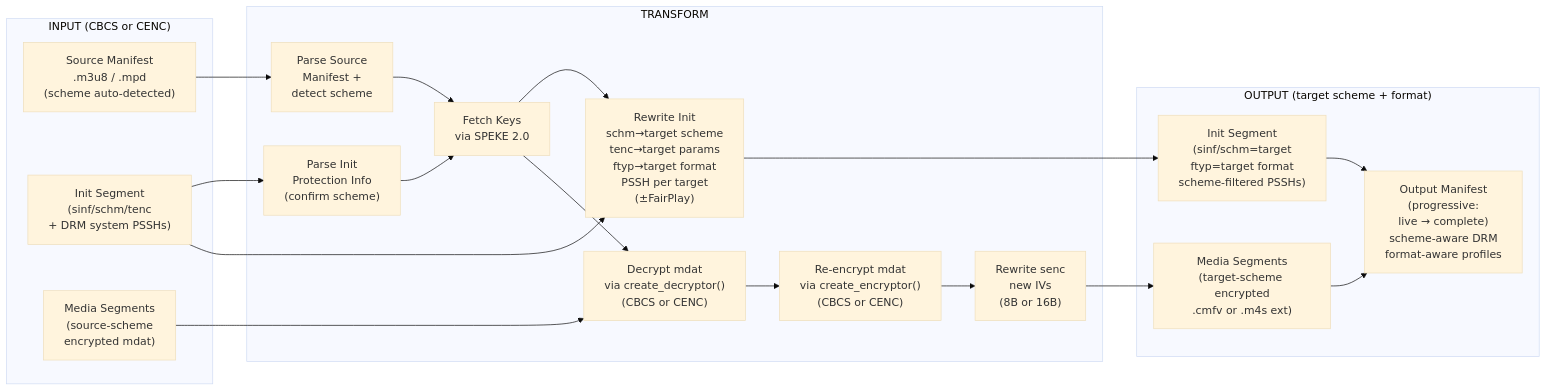
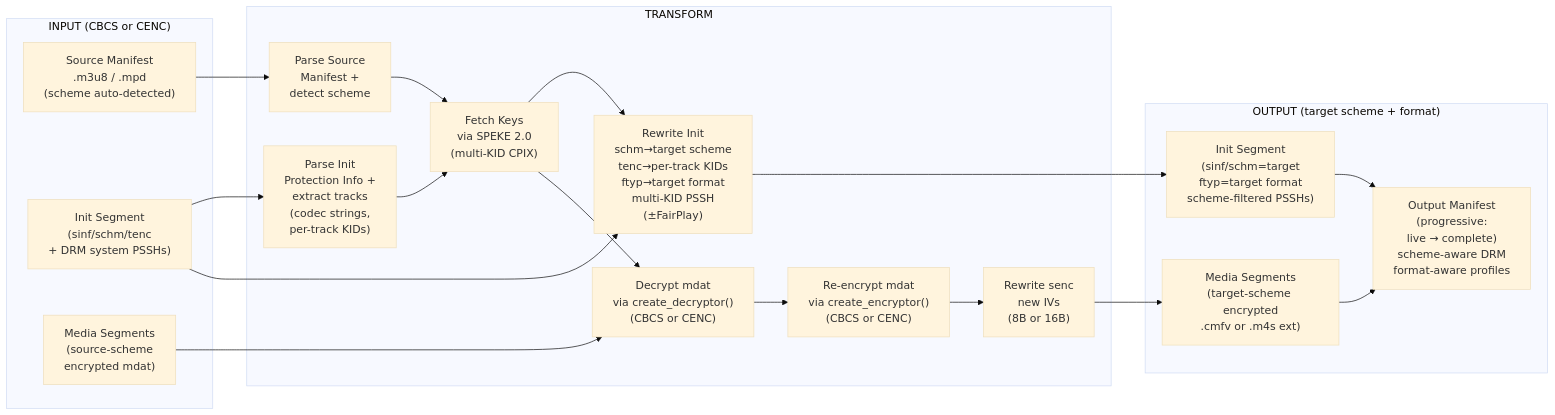
One commit to adrums86/edgepack changed the second of 10 diagrams in docs/architecture.md. Above: the diagram before and after it, drawn with Mermaid (base theme). The commit also changed other lines of this file and 10 other files, not shown here.

````diff
--- a/docs/architecture.md
+++ b/docs/architecture.md
@@ -64,39 +64,39 @@
 ```mermaid
 flowchart LR
     subgraph Input["INPUT (CBCS or CENC)"]
         SrcManifest["Source Manifest<br/>.m3u8 / .mpd<br/>(scheme auto-detected)"]
         SrcInit["Init Segment<br/>(sinf/schm/tenc<br/>+ DRM system PSSHs)"]
         SrcSeg["Media Segments<br/>(source-scheme<br/>encrypted mdat)"]
     end
 
     subgraph Transform["TRANSFORM"]
         Parse["Parse Source<br/>Manifest +<br/>detect scheme"]
-        FetchKeys["Fetch Keys<br/>via SPEKE 2.0"]
-        ParseInit["Parse Init<br/>Protection Info<br/>(confirm scheme)"]
-        RewriteInit["Rewrite Init<br/>schm→target scheme<br/>tenc→target params<br/>ftyp→target format<br/>PSSH per target<br/>(±FairPlay)"]
+        FetchKeys["Fetch Keys<br/>via SPEKE 2.0<br/>(multi-KID CPIX)"]
+        ParseInit["Parse Init<br/>Protection Info +<br/>extract tracks<br/>(codec strings,<br/>per-track KIDs)"]
+        RewriteInit["Rewrite Init<br/>schm→target scheme<br/>tenc→per-track KIDs<br/>ftyp→target format<br/>multi-KID PSSH<br/>(±FairPlay)"]
         Decrypt["Decrypt mdat<br/>via create_decryptor()<br/>(CBCS or CENC)"]
         Encrypt["Re-encrypt mdat<br/>via create_encryptor()<br/>(CBCS or CENC)"]
         RewriteSenc["Rewrite senc<br/>new IVs<br/>(8B or 16B)"]
     end
 
     subgraph Output["OUTPUT (target scheme + format)"]
         OutManifest["Output Manifest<br/>(progressive:<br/>live → complete)<br/>scheme-aware DRM<br/>format-aware profiles"]
         OutInit["Init Segment<br/>(sinf/schm=target<br/>ftyp=target format<br/>scheme-filtered PSSHs)"]
         OutSeg["Media Segments<br/>(target-scheme encrypted<br/>.cmfv or .m4s ext)"]
     end
 
     SrcManifest --> Parse
     Parse --> FetchKeys
     SrcInit --> ParseInit
     ParseInit --> FetchKeys
     FetchKeys --> RewriteInit
     SrcInit --> RewriteInit
     RewriteInit --> OutInit
     SrcSeg --> Decrypt
     FetchKeys --> Decrypt
     Decrypt --> Encrypt
     Encrypt --> RewriteSenc
     RewriteSenc --> OutSeg
     OutInit --> OutManifest
     OutSeg --> OutManifest
 ```
````
